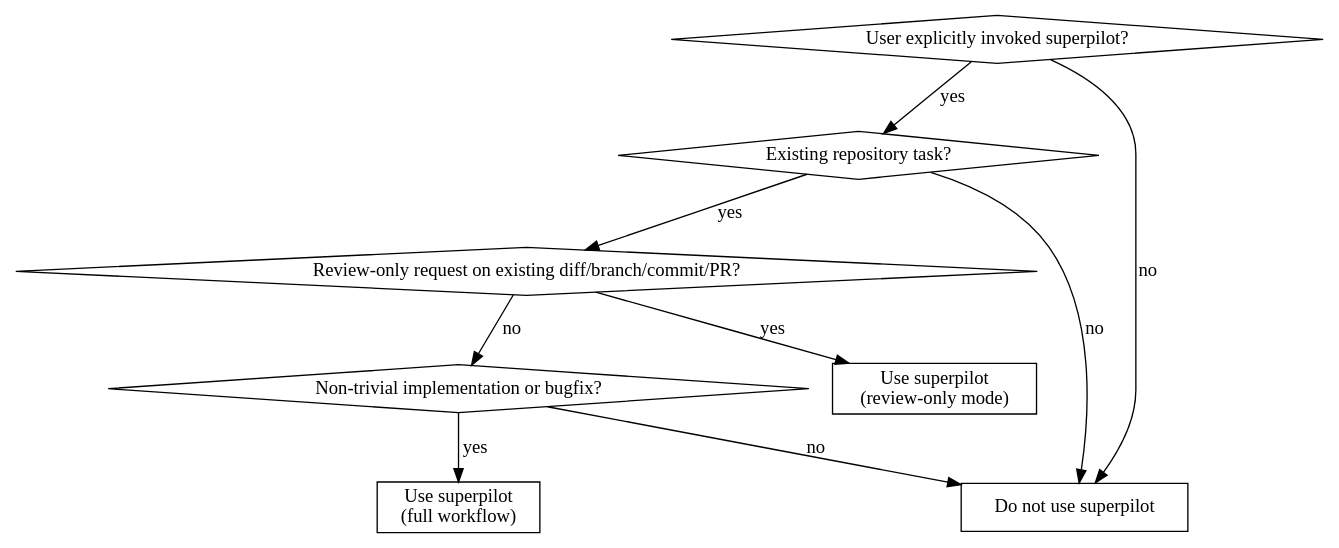
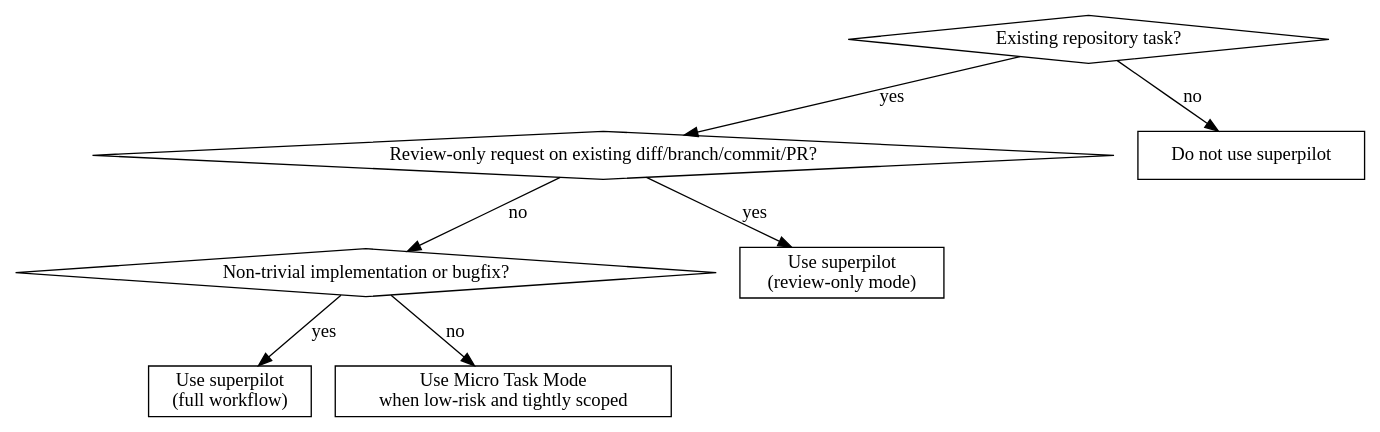
The diagram in SKILL.md (yoonpooh/superpilot), drawn with Graphviz before and after one commit. The commit also changed other lines of this file and 6 other files, not shown here.

````diff
--- a/SKILL.md
+++ b/SKILL.md
@@ -45,20 +46,18 @@
 ```dot
 digraph superpilot_when {
-    "User explicitly invoked superpilot?" [shape=diamond];
     "Existing repository task?" [shape=diamond];
     "Review-only request on existing diff/branch/commit/PR?" [shape=diamond];
     "Non-trivial implementation or bugfix?" [shape=diamond];
     "Use superpilot\n(review-only mode)" [shape=box];
     "Use superpilot\n(full workflow)" [shape=box];
+    "Use Micro Task Mode\nwhen low-risk and tightly scoped" [shape=box];
     "Do not use superpilot" [shape=box];
 
-    "User explicitly invoked superpilot?" -> "Existing repository task?" [label="yes"];
-    "User explicitly invoked superpilot?" -> "Do not use superpilot" [label="no"];
     "Existing repository task?" -> "Review-only request on existing diff/branch/commit/PR?" [label="yes"];
     "Existing repository task?" -> "Do not use superpilot" [label="no"];
     "Review-only request on existing diff/branch/commit/PR?" -> "Use superpilot\n(review-only mode)" [label="yes"];
     "Review-only request on existing diff/branch/commit/PR?" -> "Non-trivial implementation or bugfix?" [label="no"];
     "Non-trivial implementation or bugfix?" -> "Use superpilot\n(full workflow)" [label="yes"];
-    "Non-trivial implementation or bugfix?" -> "Do not use superpilot" [label="no"];
+    "Non-trivial implementation or bugfix?" -> "Use Micro Task Mode\nwhen low-risk and tightly scoped" [label="no"];
 }
 ```
````
